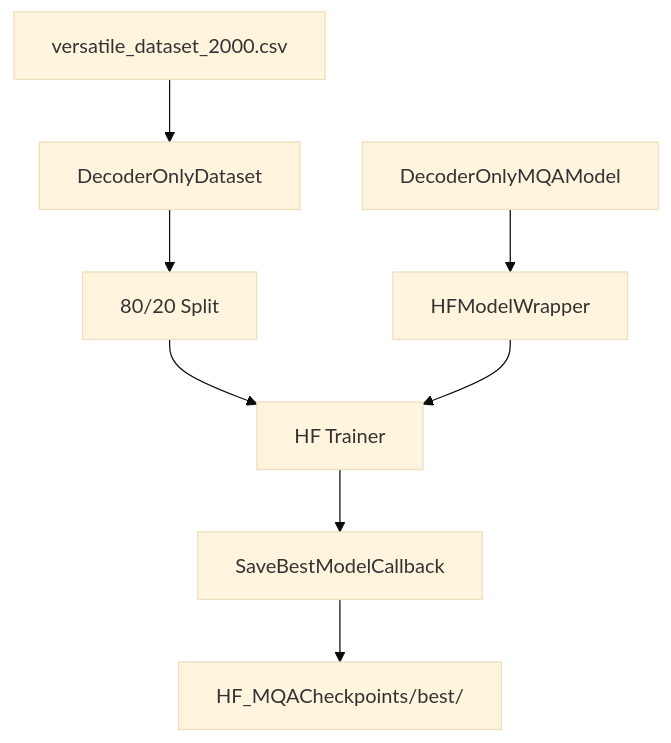
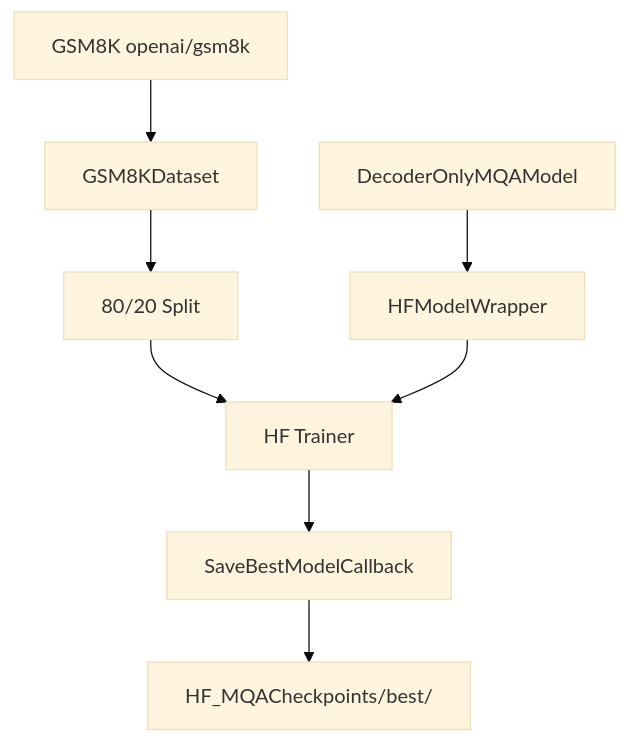
The diagram in docs/HF_MQATrainer.md (ambideXtrous9/Transformer-from-Scratch), drawn with Mermaid (base theme) before and after one commit. The commit also changed other lines of this file and 67 other files, not shown here.

````diff
--- a/docs/HF_MQATrainer.md
+++ b/docs/HF_MQATrainer.md
@@ -13,10 +13,10 @@
 ```mermaid
 graph TD
-    CSV[versatile_dataset_2000.csv] --> Dataset[DecoderOnlyDataset]
+    GSM8K[GSM8K openai/gsm8k] --> Dataset[GSM8KDataset]
     Dataset --> Split[80/20 Split]
     Split --> HFTrainer[HF Trainer]
     Model[DecoderOnlyMQAModel] --> Wrapper[HFModelWrapper]
     Wrapper --> HFTrainer
     HFTrainer --> Callback[SaveBestModelCallback]
     Callback --> Disk[HF_MQACheckpoints/best/]
 ```
````
